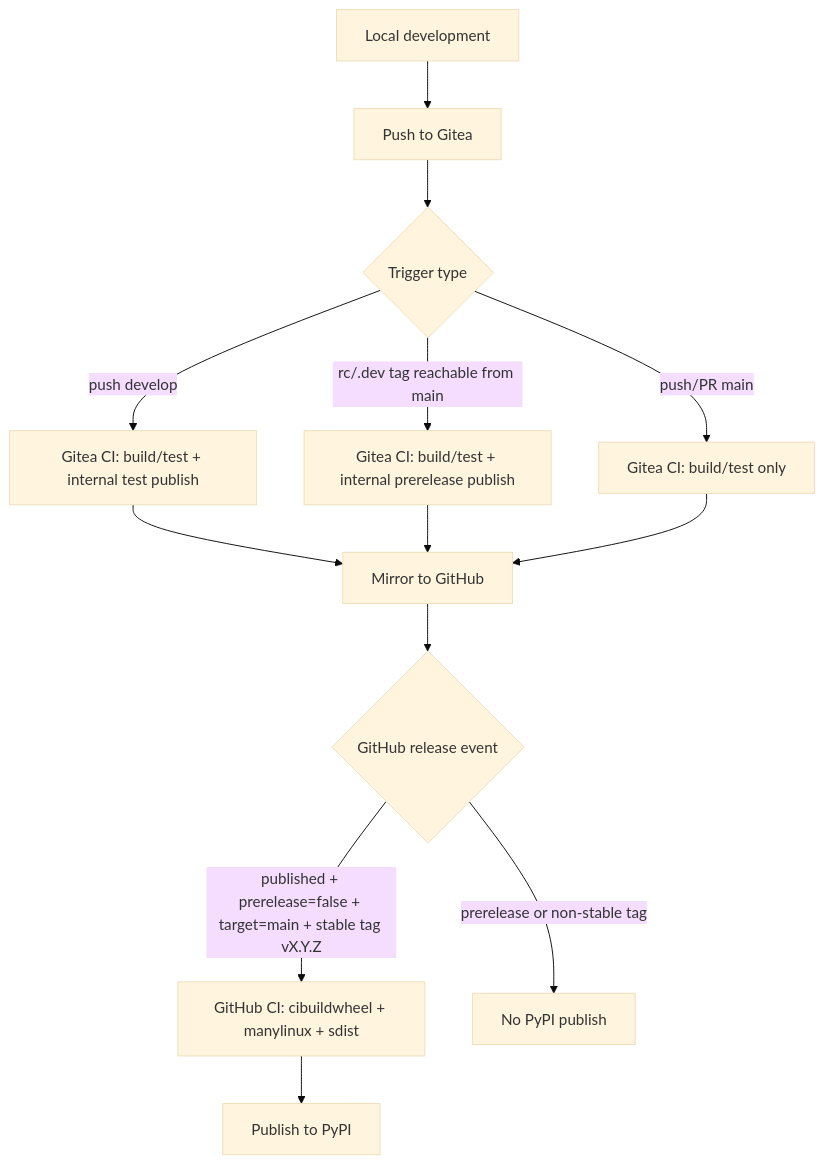
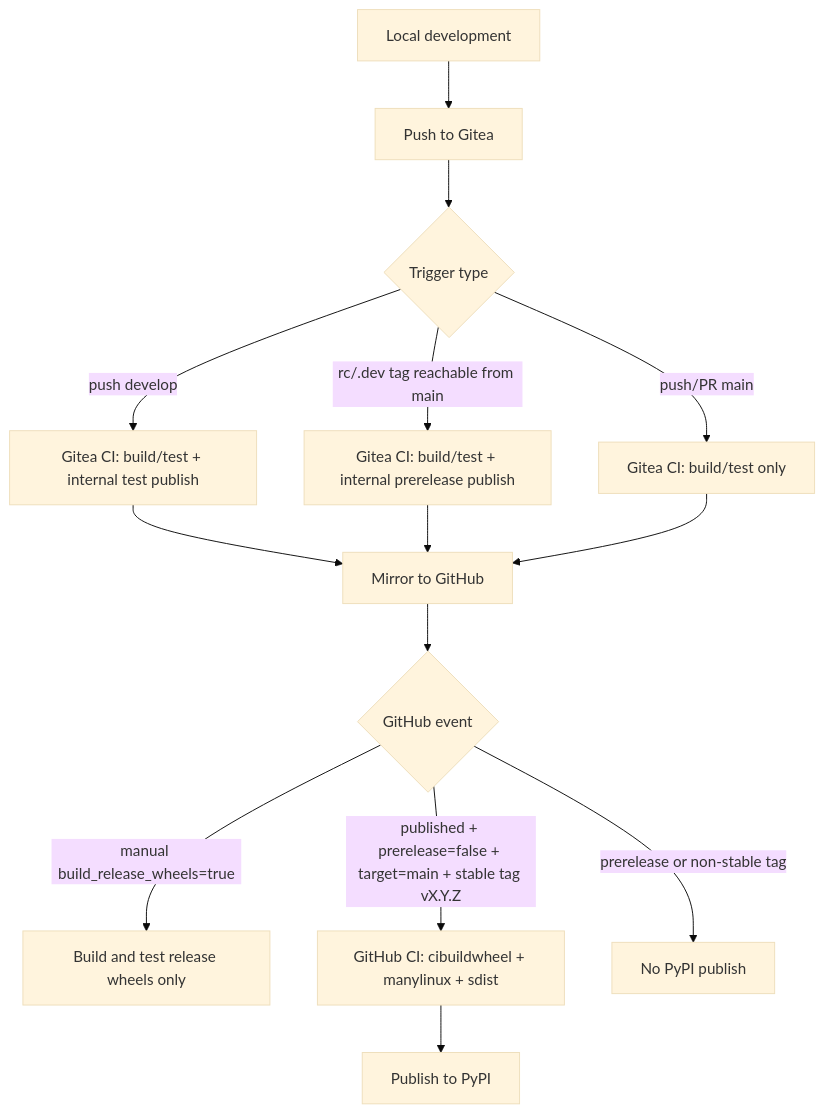
Before and after one commit to Hyperbolica-dev/MolGR: the diagram in docs/release/DEVELOPMENT_RELEASE_GUIDE.md, drawn with Mermaid (base theme). The commit also changed other lines of this file and 2 other files, not shown here.

First line of the commit message:
ci: add manual release wheel builds

````diff
--- a/docs/release/DEVELOPMENT_RELEASE_GUIDE.md
+++ b/docs/release/DEVELOPMENT_RELEASE_GUIDE.md
@@ -13,19 +13,20 @@
 ```mermaid
 flowchart TD
     A[Local development] --> B[Push to Gitea]
     B --> C{Trigger type}
 
     C -->|push develop| D[Gitea CI: build/test + internal test publish]
     C -->|rc/.dev tag reachable from main| E[Gitea CI: build/test + internal prerelease publish]
     C -->|push/PR main| F[Gitea CI: build/test only]
 
     D --> G[Mirror to GitHub]
     E --> G
     F --> G
 
-    G --> H{GitHub release event}
+    G --> H{GitHub event}
+    H -->|manual build_release_wheels=true| L[Build and test release wheels only]
     H -->|published + prerelease=false + target=main + stable tag vX.Y.Z| I[GitHub CI: cibuildwheel + manylinux + sdist]
     H -->|prerelease or non-stable tag| J[No PyPI publish]
 
     I --> K[Publish to PyPI]
 ```
````
